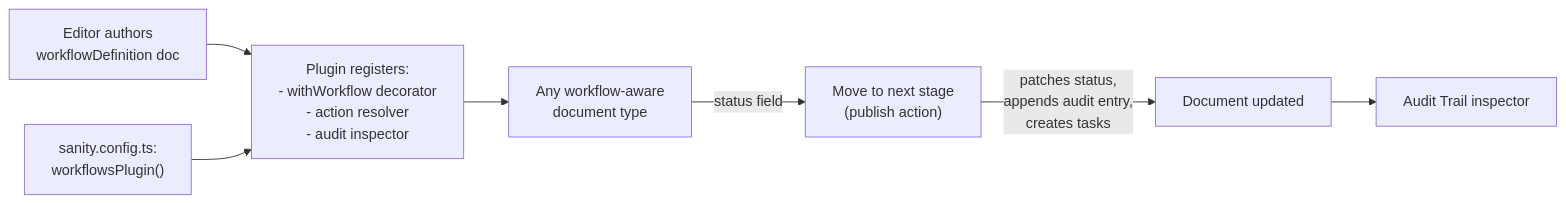
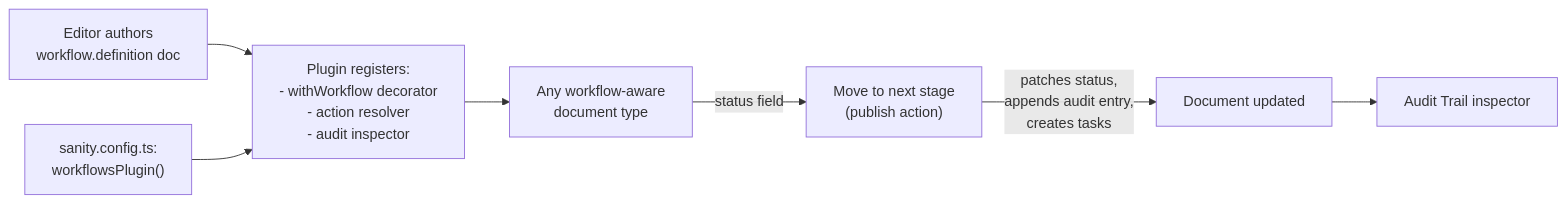
The diagram in README.md (sanity-labs/sanity-plugin-workflows), drawn with Mermaid before and after one commit. The commit also changed other lines of this file and 27 other files, not shown here.

First line of the commit message:
feat: namespace all injected schemaTypes (#14)

````diff
--- a/README.md
+++ b/README.md
@@ -33,9 +33,9 @@
 ```mermaid
 flowchart LR
-  Editor["Editor authors<br/>workflowDefinition doc"] --> Plugin
+  Editor["Editor authors<br/>workflow.definition doc"] --> Plugin
   Config["sanity.config.ts:<br/>workflowsPlugin()"] --> Plugin
   Plugin["Plugin registers:<br/>- withWorkflow decorator<br/>- action resolver<br/>- audit inspector"] --> Doc
   Doc["Any workflow-aware<br/>document type"] -->|"status field"| Action["Move to next stage<br/>(publish action)"]
   Action -->|"patches status,<br/>appends audit entry,<br/>creates tasks"| DocUpdated["Document updated"]
   DocUpdated --> Inspector["Audit Trail inspector"]
 ```
````
